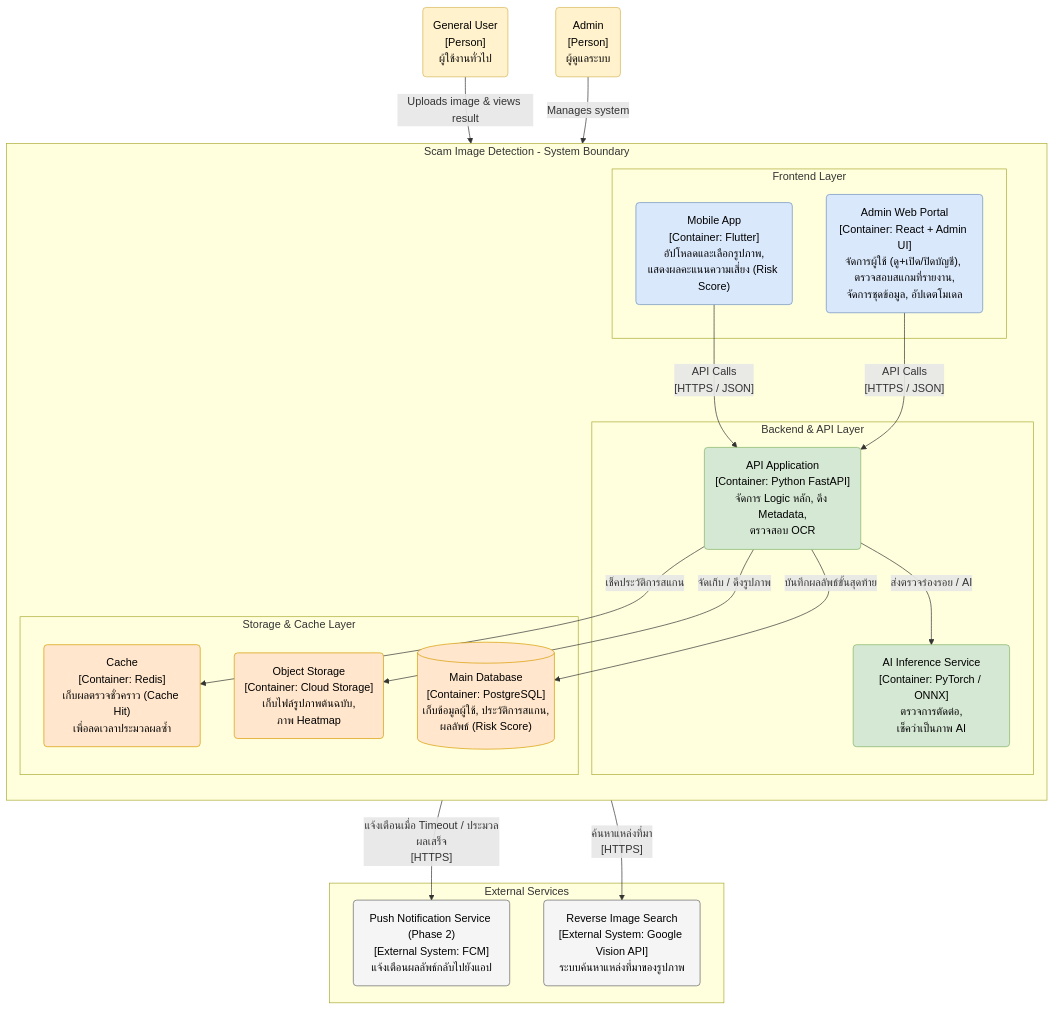
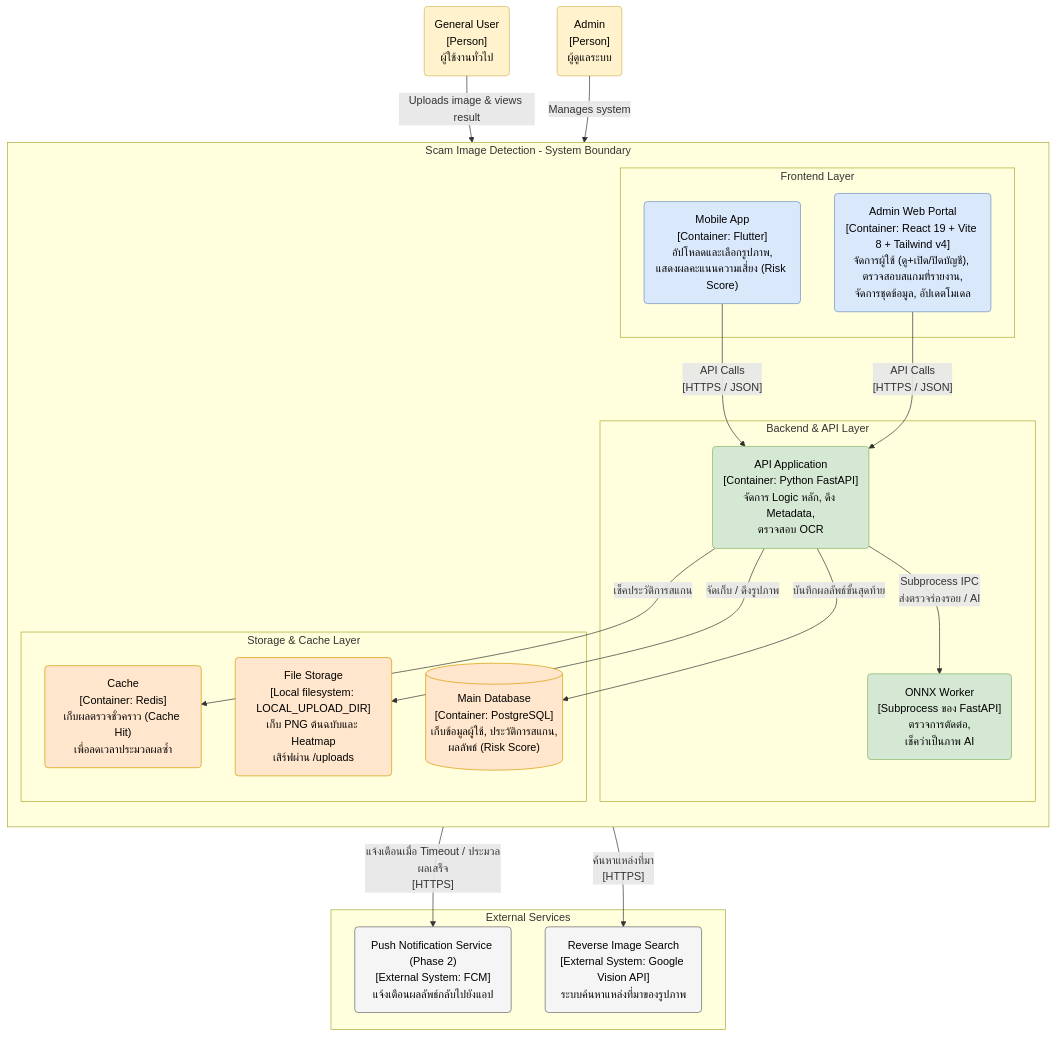
Before and after one commit to Panuwat-ta/project: the diagram in Document/Software Architecture/C2-Container-Diagram.md, drawn with Mermaid. The commit also changed other lines of this file and 143 other files, not shown here.

First line of the commit message:
Update traceability matrix, use case diagram, and test cases documentation

````diff
--- a/Document/Software Architecture/C2-Container-Diagram.md
+++ b/Document/Software Architecture/C2-Container-Diagram.md
@@ -3,62 +3,62 @@
 ```mermaid
 flowchart TB
     %% การตั้งค่า Class สีต่างๆ
     classDef userFill fill:#fff2cc,stroke:#d6b656,color:black
     classDef clientFill fill:#dae8fc,stroke:#6c8ebf,color:black
     classDef backendFill fill:#d5e8d4,stroke:#82b366,color:black
     classDef storageFill fill:#ffe6cc,stroke:#d79b00,color:black
     classDef extFill fill:#f5f5f5,stroke:#666666,color:black
 
     %% Actors Boundary
     User("General User<br>[Person]<br>ผู้ใช้งานทั่วไป")
     Admin("Admin<br>[Person]<br>ผู้ดูแลระบบ")
 
     %% System Boundary
     subgraph ScamSystem [Scam Image Detection - System Boundary]
         direction TB
 
         subgraph Frontends [Frontend Layer]
             MobileApp("Mobile App<br>[Container: Flutter]<br>อัปโหลดและเลือกรูปภาพ,<br>แสดงผลคะแนนความเสี่ยง (Risk Score)")
-            AdminPortal("Admin Web Portal<br>[Container: React + Admin UI]<br>จัดการผู้ใช้ (ดู+เปิด/ปิดบัญชี), ตรวจสอบสแกมที่รายงาน,<br>จัดการชุดข้อมูล, อัปเดตโมเดล")
+            AdminPortal("Admin Web Portal<br>[Container: React 19 + Vite 8 + Tailwind v4]<br>จัดการผู้ใช้ (ดู+เปิด/ปิดบัญชี), ตรวจสอบสแกมที่รายงาน,<br>จัดการชุดข้อมูล, อัปเดตโมเดล")
         end
 
         subgraph Backends [Backend & API Layer]
             APIGateway("API Application<br>[Container: Python FastAPI]<br>จัดการ Logic หลัก, ดึง Metadata,<br>ตรวจสอบ OCR")
-            AIInference("AI Inference Service<br>[Container: PyTorch / ONNX]<br>ตรวจการตัดต่อ,<br>เช็คว่าเป็นภาพ AI")
+            AIInference("ONNX Worker<br>[Subprocess ของ FastAPI]<br>ตรวจการตัดต่อ,<br>เช็คว่าเป็นภาพ AI")
         end
 
         subgraph Storages [Storage & Cache Layer]
             Cache("Cache<br>[Container: Redis]<br>เก็บผลตรวจชั่วคราว (Cache Hit)<br>เพื่อลดเวลาประมวลผลซ้ำ")
-            ObjectStore("Object Storage<br>[Container: Cloud Storage]<br>เก็บไฟล์รูปภาพต้นฉบับ,<br>ภาพ Heatmap")
+            ObjectStore("File Storage<br>[Local filesystem: LOCAL_UPLOAD_DIR]<br>เก็บ PNG ต้นฉบับและ Heatmap<br>เสิร์ฟผ่าน /uploads")
             MainDB[("Main Database<br>[Container: PostgreSQL]<br>เก็บข้อมูลผู้ใช้, ประวัติการสแกน,<br>ผลลัพธ์ (Risk Score)")]
         end
     end
 
     %% External Systems Boundary
     subgraph Externals [External Services]
         PushService("Push Notification Service (Phase 2)<br>[External System: FCM]<br>แจ้งเตือนผลลัพธ์กลับไปยังแอป")
         ReverseSearch("Reverse Image Search<br>[External System: Google Vision API]<br>ระบบค้นหาแหล่งที่มาของรูปภาพ")
     end
 
     %% Relationships / Associations
     User -- "Uploads image & views result" --> MobileApp
     Admin -- "Manages system" --> AdminPortal
 
     MobileApp -- "API Calls<br>[HTTPS / JSON]" --> APIGateway
     AdminPortal -- "API Calls<br>[HTTPS / JSON]" --> APIGateway
 
     APIGateway -- "เช็คประวัติการสแกน" --> Cache
-    APIGateway -- "ส่งตรวจร่องรอย / AI" --> AIInference
+    APIGateway -- "Subprocess IPC<br>ส่งตรวจร่องรอย / AI" --> AIInference
     APIGateway -- "จัดเก็บ / ดึงรูปภาพ" --> ObjectStore
     APIGateway -- "บันทึกผลลัพธ์ขั้นสุดท้าย" --> MainDB
     
     APIGateway -- "แจ้งเตือนเมื่อ Timeout / ประมวลผลเสร็จ<br>[HTTPS]" --> PushService
     APIGateway -- "ค้นหาแหล่งที่มา<br>[HTTPS]" --> ReverseSearch
 
     %% Apply Styles
     class User,Admin userFill
     class MobileApp,AdminPortal clientFill
     class APIGateway,AIInference backendFill
     class Cache,ObjectStore,MainDB storageFill
     class PushService,ReverseSearch extFill
 ```
````
